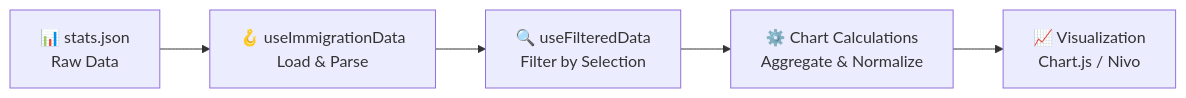
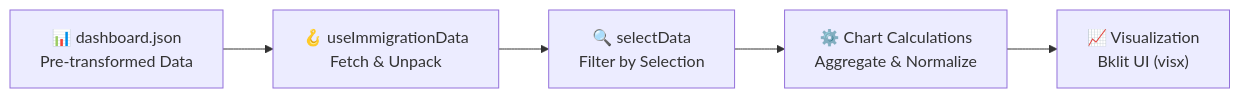
One commit to RetroHazard/JP_Immigration_Dashboard changed the second of 16 diagrams in ARCHITECTURE.md. Above: the diagram before and after it, drawn with Mermaid. The commit also changed other lines of this file and 239 other files, not shown here.

````diff
--- a/ARCHITECTURE.md
+++ b/ARCHITECTURE.md
@@ -54,13 +68,13 @@
 ```mermaid
 graph LR
-    DATA["📊 stats.json<br/>Raw Data"] 
-    HOOK["🪝 useImmigrationData<br/>Load & Parse"]
-    FILTER["🔍 useFilteredData<br/>Filter by Selection"]
+    DATA["📊 dashboard.json<br/>Pre-transformed Data"] 
+    HOOK["🪝 useImmigrationData<br/>Fetch & Unpack"]
+    FILTER["🔍 selectData<br/>Filter by Selection"]
     CALC["⚙️ Chart Calculations<br/>Aggregate & Normalize"]
-    VIZ["📈 Visualization<br/>Chart.js / Nivo"]
+    VIZ["📈 Visualization<br/>Bklit UI (visx)"]
     
     DATA --> HOOK
     HOOK --> FILTER
     FILTER --> CALC
     CALC --> VIZ
 ```
````
